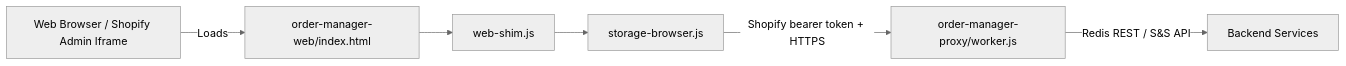
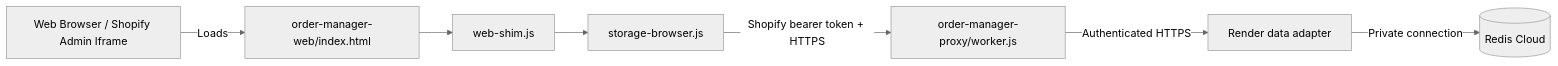
One commit to personman1234567/PrintMO-Order-Management changed the diagram in docs/official-docs/workflows/web-shopify-porting.md. Above: the diagram before and after it, drawn with Mermaid (neutral theme). The commit also changed other lines of this file and 13 other files, not shown here.

````diff
--- a/docs/official-docs/workflows/web-shopify-porting.md
+++ b/docs/official-docs/workflows/web-shopify-porting.md
@@ -25,8 +25,9 @@
 ```mermaid
 flowchart LR
     Browser[Web Browser / Shopify Admin Iframe] -->|Loads| IndexHTML[order-manager-web/index.html]
     IndexHTML --> WebShim[web-shim.js]
     WebShim --> StorageBrowser[storage-browser.js]
     StorageBrowser -->|Shopify bearer token + HTTPS| CFWorker[order-manager-proxy/worker.js]
-    CFWorker -->|Redis REST / S&S API| BackendServices[Backend Services]
+    CFWorker -->|Authenticated HTTPS| RenderAdapter[Render data adapter]
+    RenderAdapter -->|Private connection| RedisCloud[(Redis Cloud)]
 ```
````
